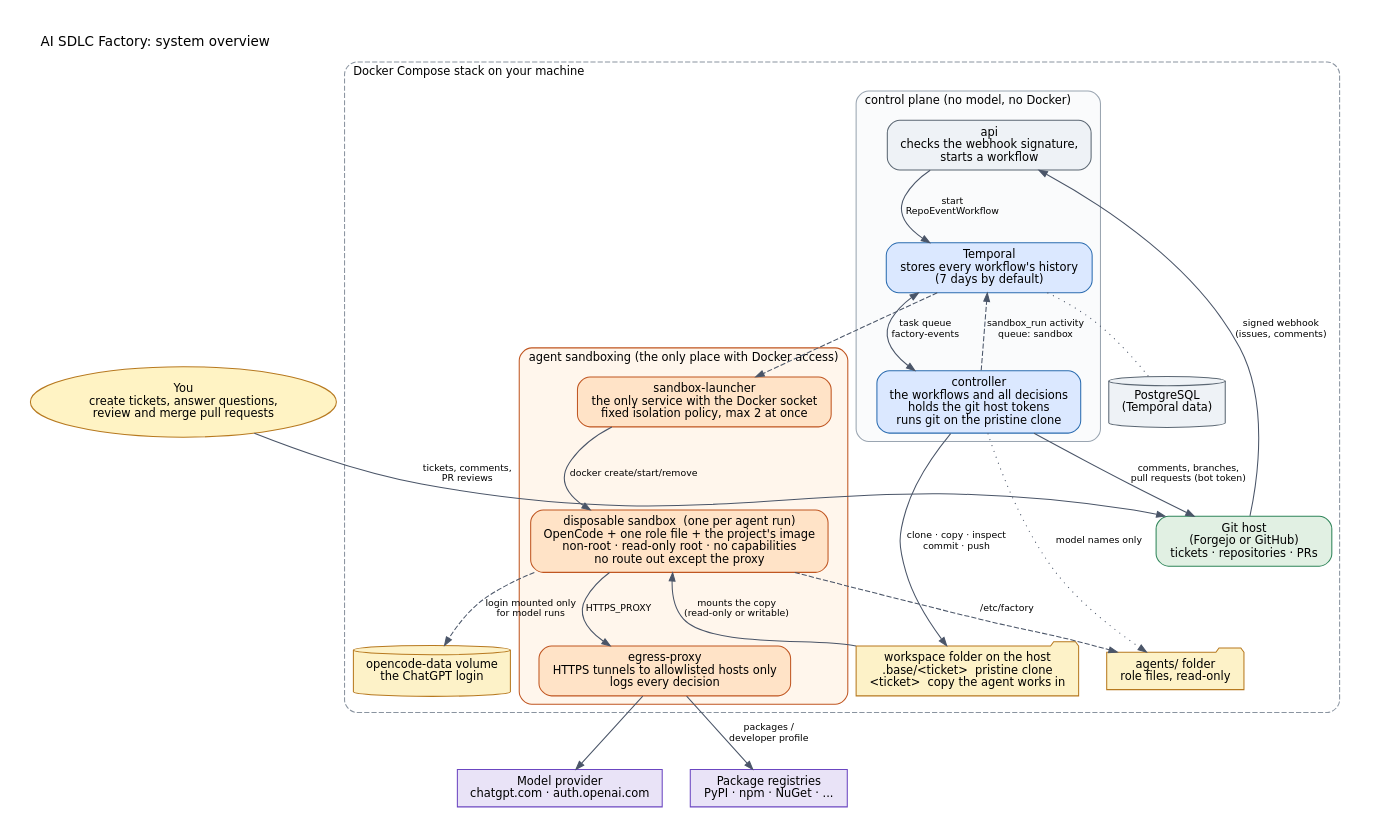
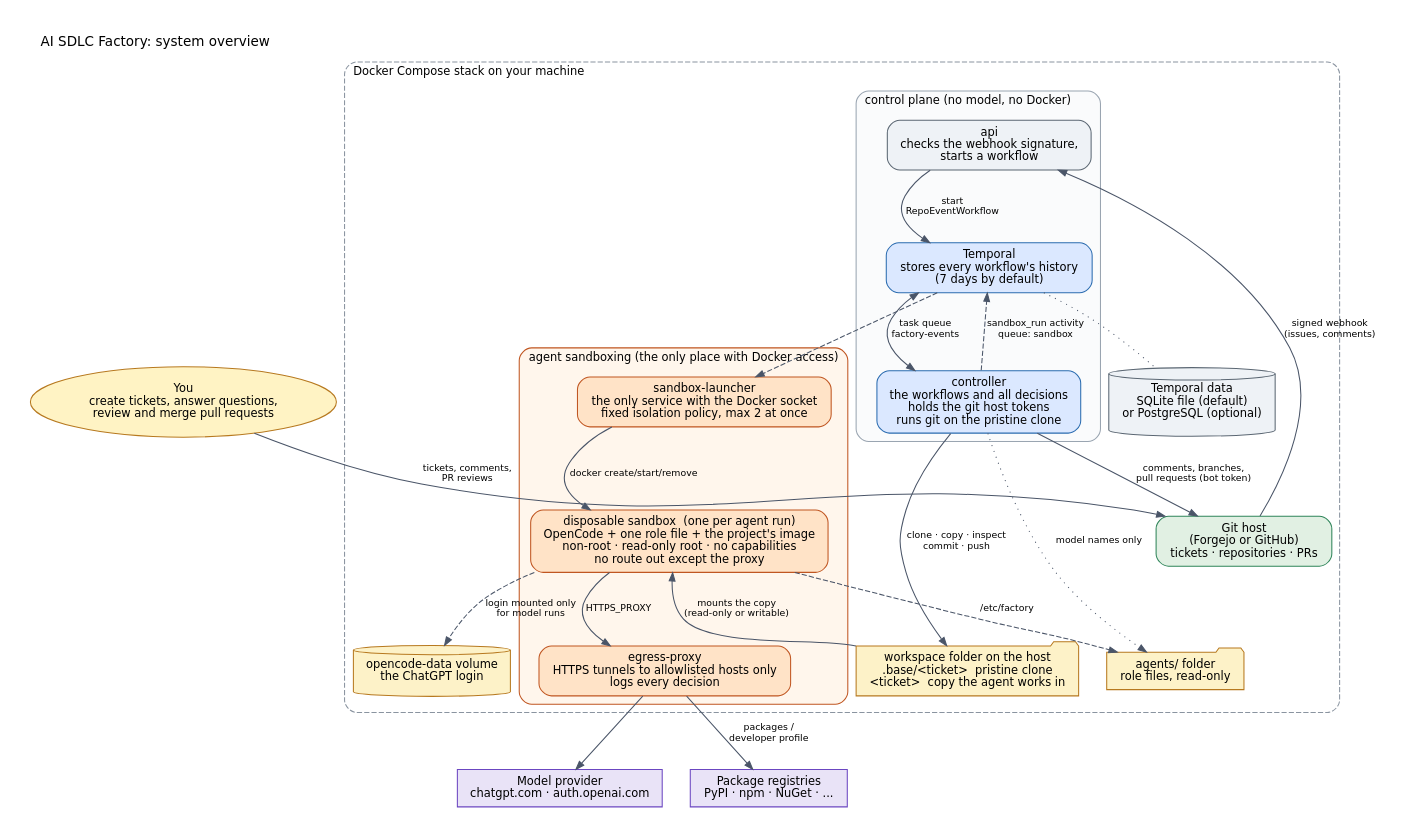
One commit to ai-sdlc-factory/ai-sdlc-factory changed the diagram in docs/diagrams/architecture.dot. Above: the diagram before and after it, drawn with Graphviz. The commit also changed 14 other files, not shown here.

First line of the commit message:
Default Temporal to a SQLite file; make PostgreSQL optional

```diff
--- a/docs/diagrams/architecture.dot
+++ b/docs/diagrams/architecture.dot
@@ -1,55 +1,55 @@
 // The whole solution: who talks to whom, and where the trust boundaries are.
 digraph architecture {
   graph [rankdir=TB, fontname="DejaVu Sans", fontsize=13, bgcolor=white, pad=0.3, nodesep=0.38, ranksep=0.7,
          label="AI SDLC Factory: system overview", labelloc=t, labeljust=l];
   node  [fontname="DejaVu Sans", fontsize=11, shape=box, style="rounded,filled", fillcolor="#eef2f6", color="#5b6773", margin="0.16,0.09"];
   edge  [fontname="DejaVu Sans", fontsize=9, color="#4a5568", arrowsize=0.8];
 
   person  [label="You\ncreate tickets, answer questions,\nreview and merge pull requests", shape=ellipse, fillcolor="#fff3c4", color="#b7791f"];
   model   [label="Model provider\nchatgpt.com · auth.openai.com", shape=box, style="filled", fillcolor="#e9e3f7", color="#6b46c1"];
   registry[label="Package registries\nPyPI · npm · NuGet · ...", shape=box, style="filled", fillcolor="#e9e3f7", color="#6b46c1"];
 
   subgraph cluster_stack {
     label="Docker Compose stack on your machine"; style="rounded,dashed"; color="#8a94a0"; fontsize=11;
 
     host [label="Git host\n(Forgejo or GitHub)\ntickets · repositories · PRs", fillcolor="#e1f0e3", color="#2f855a"];
 
     subgraph cluster_control {
       label="control plane (no model, no Docker)"; style="rounded"; color="#9aa5b1"; fillcolor="#fafbfc"; style="rounded,filled";
       api        [label="api\nchecks the webhook signature,\nstarts a workflow"];
       temporal   [label="Temporal\nstores every workflow's history\n(7 days by default)", fillcolor="#dbe8ff", color="#2b6cb0"];
       controller [label="controller\nthe workflows and all decisions\nholds the git host tokens\nruns git on the pristine clone", fillcolor="#dbe8ff", color="#2b6cb0"];
     }
 
-    postgres [label="PostgreSQL\n(Temporal data)", shape=cylinder, fillcolor="#eef2f6"];
+    temporaldb [label="Temporal data\nSQLite file (default)\nor PostgreSQL (optional)", shape=cylinder, fillcolor="#eef2f6"];
 
     subgraph cluster_sandboxing {
       label="agent sandboxing (the only place with Docker access)"; style="rounded,filled"; color="#c05621"; fillcolor="#fff6ec";
       launcher [label="sandbox-launcher\nthe only service with the Docker socket\nfixed isolation policy, max 2 at once", fillcolor="#ffe3c7", color="#c05621"];
       sandbox  [label="disposable sandbox  (one per agent run)\nOpenCode + one role file + the project's image\nnon-root · read-only root · no capabilities\nno route out except the proxy", fillcolor="#ffe3c7", color="#c05621"];
       proxy    [label="egress-proxy\nHTTPS tunnels to allowlisted hosts only\nlogs every decision", fillcolor="#ffe3c7", color="#c05621"];
     }
 
     workspaces [label="workspace folder on the host\n.base/<ticket>  pristine clone\n<ticket>  copy the agent works in", shape=folder, fillcolor="#fdf2c8", color="#b7791f"];
     login      [label="opencode-data volume\nthe ChatGPT login", shape=cylinder, fillcolor="#fdf2c8", color="#b7791f"];
     agents     [label="agents/ folder\nrole files, read-only", shape=folder, fillcolor="#fdf2c8", color="#b7791f"];
   }
 
   person -> host [label="tickets, comments,\nPR reviews"];
   host -> api [label="signed webhook\n(issues, comments)"];
   api -> temporal [label="start\nRepoEventWorkflow"];
   temporal -> controller [label="task queue\nfactory-events", dir=both];
   controller -> host [label="comments, branches,\npull requests (bot token)"];
   controller -> workspaces [label="clone · copy · inspect\ncommit · push"];
   controller -> temporal [label="sandbox_run activity\nqueue: sandbox", style=dashed];
   temporal -> launcher [style=dashed];
   launcher -> sandbox [label="docker create/start/remove"];
   sandbox -> workspaces [label="mounts the copy\n(read-only or writable)", dir=back];
   sandbox -> login [label="login mounted only\nfor model runs", style=dashed];
   sandbox -> agents [label="/etc/factory", style=dashed];
   sandbox -> proxy [label="HTTPS_PROXY"];
   proxy -> model;
   proxy -> registry [label="packages /\ndeveloper profile"];
-  temporal -> postgres [style=dotted, arrowhead=none];
+  temporal -> temporaldb [style=dotted, arrowhead=none];
   controller -> agents [style=dotted, label="model names only"];
 }
```
